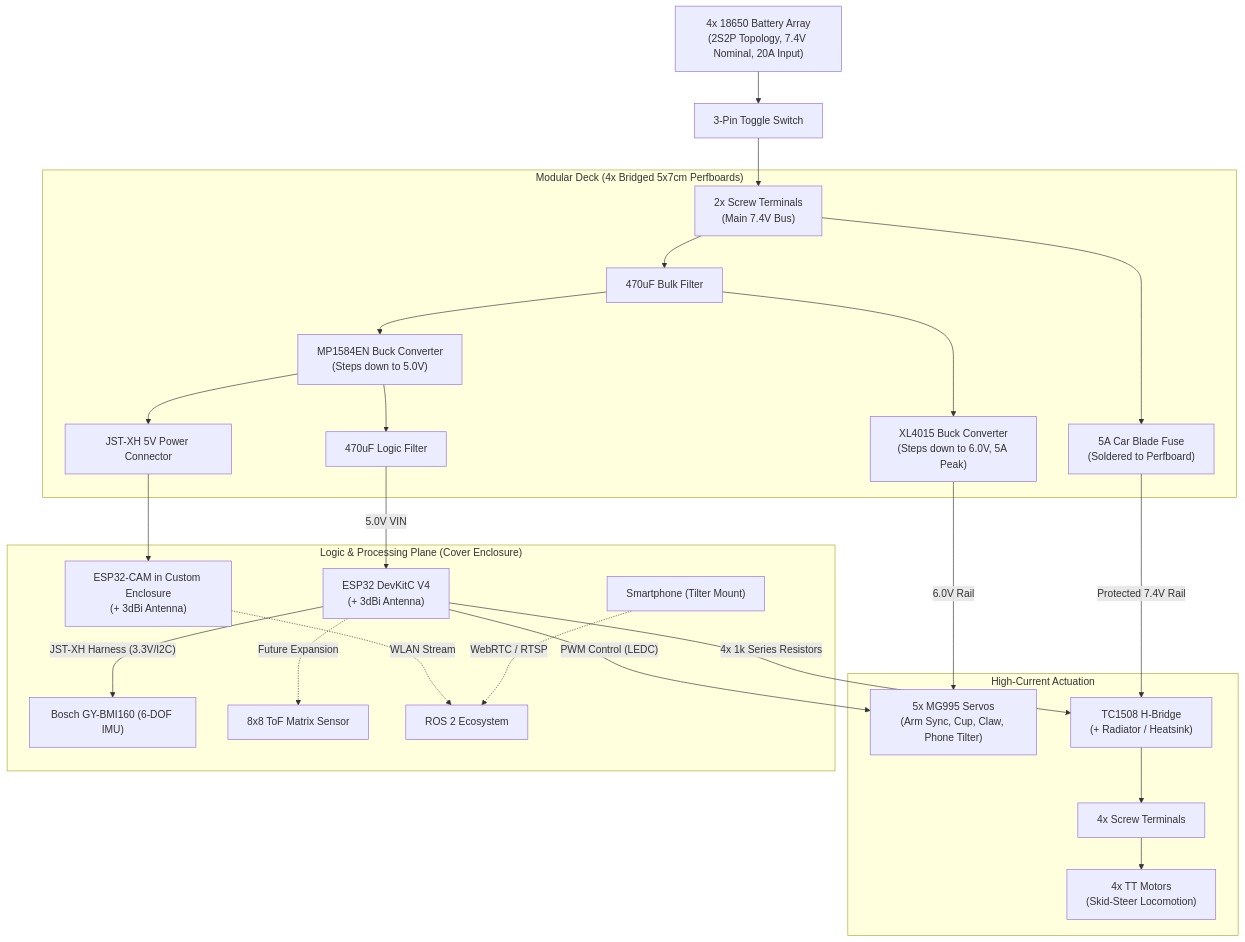
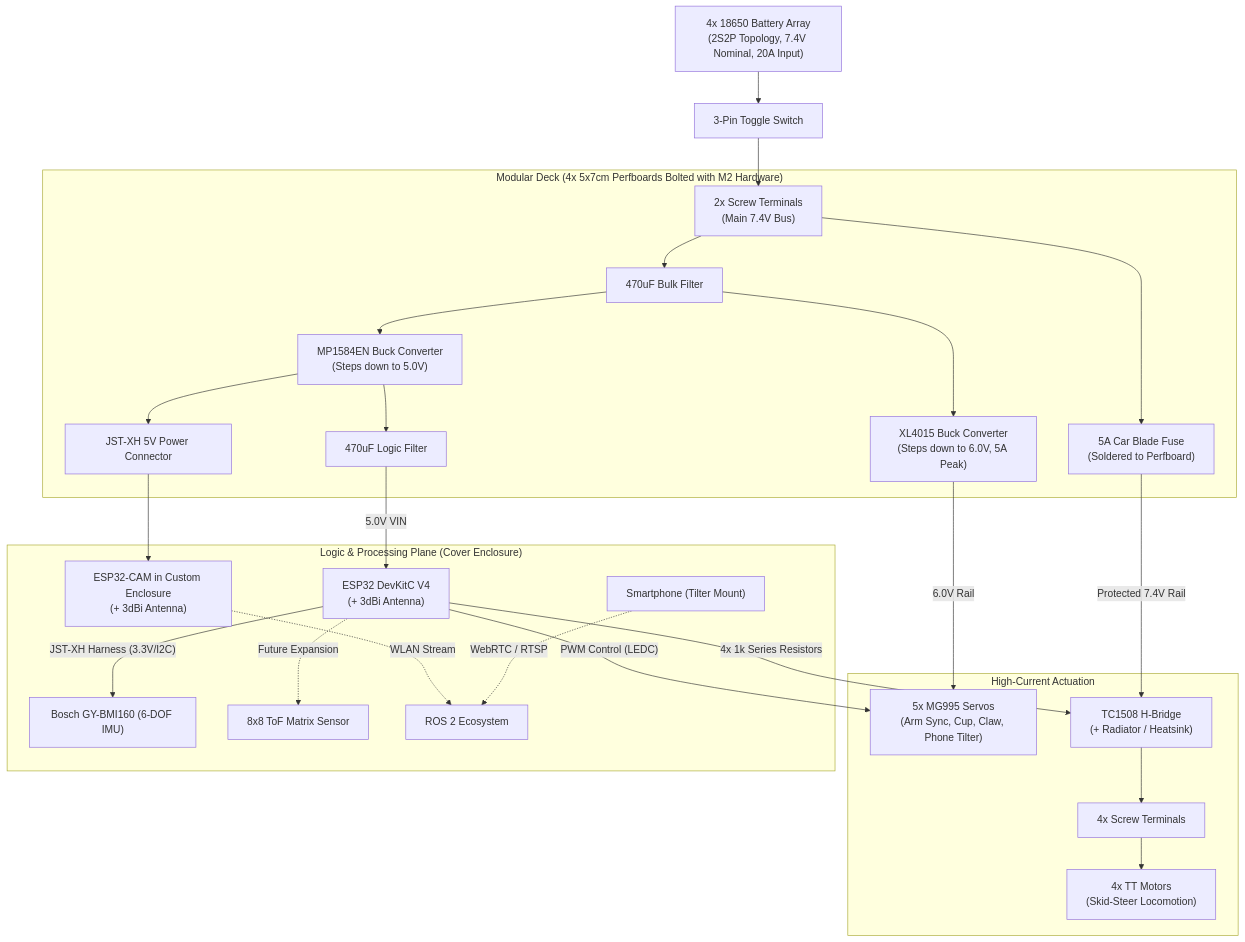
The diagram in README.md (Mihaii2/claw_bulldozer_ws), drawn with Mermaid before and after one commit. The commit also changed other lines of this file, not shown here.

````diff
--- a/README.md
+++ b/README.md
@@ -178,32 +180,32 @@
 ```mermaid
 graph TD
     Batt["4x 18650 Battery Array<br/>(2S2P Topology, 7.4V Nominal, 20A Input)"] --> Switch["3-Pin Toggle Switch"]
     Switch --> ScrewBatt["2x Screw Terminals<br/>(Main 7.4V Bus)"]
     
-    subgraph PowerDistribution["Modular Deck (4x Bridged 5x7cm Perfboards)"]
+    subgraph PowerDistribution["Modular Deck (4x 5x7cm Perfboards Bolted with M2 Hardware)"]
         ScrewBatt --> Cap1["470uF Bulk Filter"]
         Cap1 --> XL4015["XL4015 Buck Converter<br/>(Steps down to 6.0V, 5A Peak)"]
         Cap1 --> MP1584["MP1584EN Buck Converter<br/>(Steps down to 5.0V)"]
         ScrewBatt --> Fuse["5A Car Blade Fuse<br/>(Soldered to Perfboard)"]
         MP1584 --> Cap2["470uF Logic Filter"]
         MP1584 --> JST_Cam["JST-XH 5V Power Connector"]
     end
 
     subgraph Actuators["High-Current Actuation"]
         XL4015 -->|"6.0V Rail"| Servos["5x MG995 Servos<br/>(Arm Sync, Cup, Claw, Phone Tilter)"]
         Fuse -->|"Protected 7.4V Rail"| TC1508["TC1508 H-Bridge<br/>(+ Radiator / Heatsink)"]
         TC1508 --> ScrewMotors["4x Screw Terminals"]
         ScrewMotors --> TT_Motors["4x TT Motors<br/>(Skid-Steer Locomotion)"]
     end
 
     subgraph LogicAndSensors["Logic & Processing Plane (Cover Enclosure)"]
         Cap2 -->|"5.0V VIN"| ESP32["ESP32 DevKitC V4<br/>(+ 3dBi Antenna)"]
         ESP32 -->|"JST-XH Harness (3.3V/I2C)"| BMI160["Bosch GY-BMI160 (6-DOF IMU)"]
         ESP32 -->|"PWM Control (LEDC)"| Servos
         ESP32 -->|"4x 1k Series Resistors"| TC1508
         ESP32 -.->|"Future Expansion"| ToF["8x8 ToF Matrix Sensor"]
         JST_Cam --> ESP32Cam["ESP32-CAM in Custom Enclosure<br/>(+ 3dBi Antenna)"]
         ESP32Cam -.->|"WLAN Stream"| ROS2["ROS 2 Ecosystem"]
         Phone["Smartphone (Tilter Mount)"] -.->|"WebRTC / RTSP"| ROS2
     end
 ```
````
